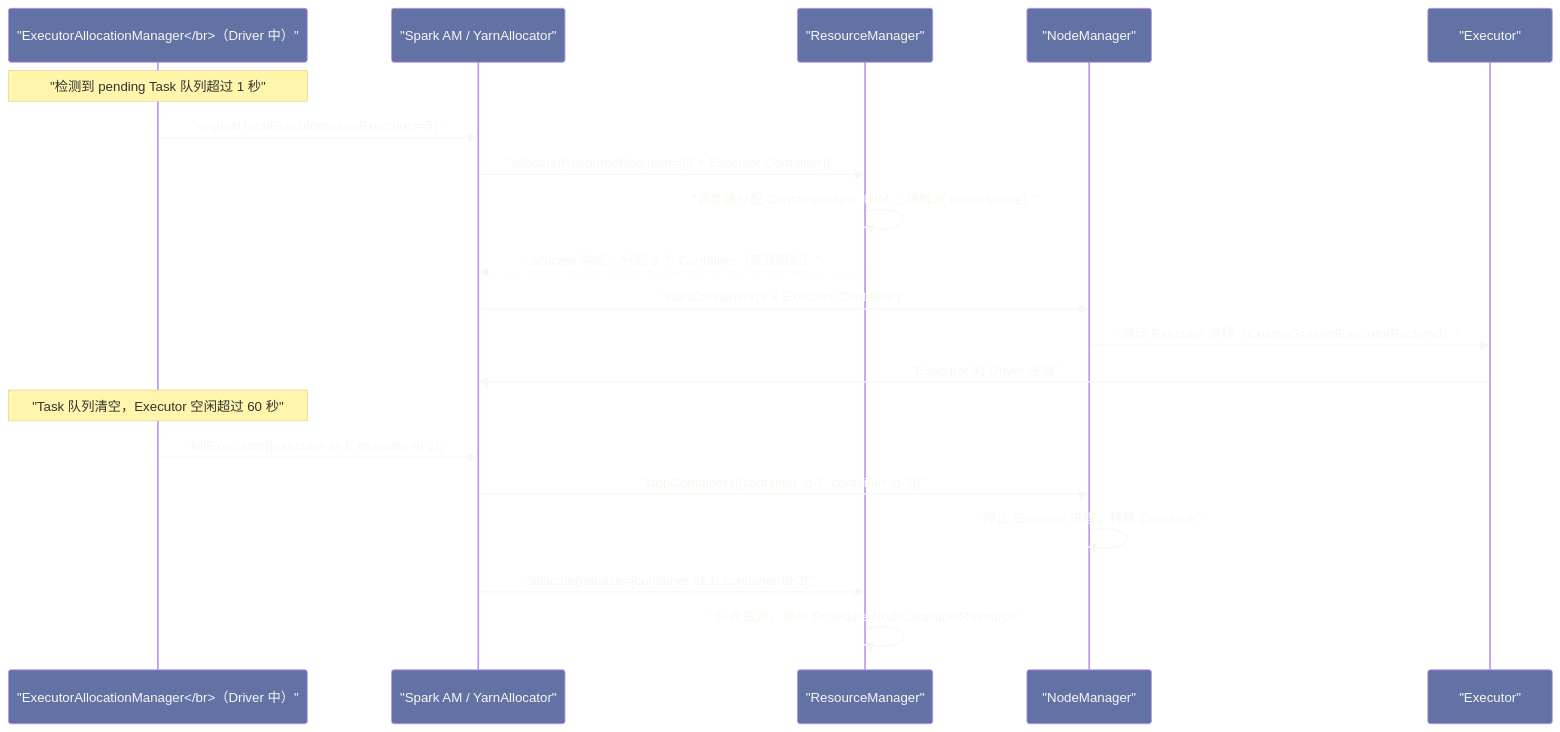
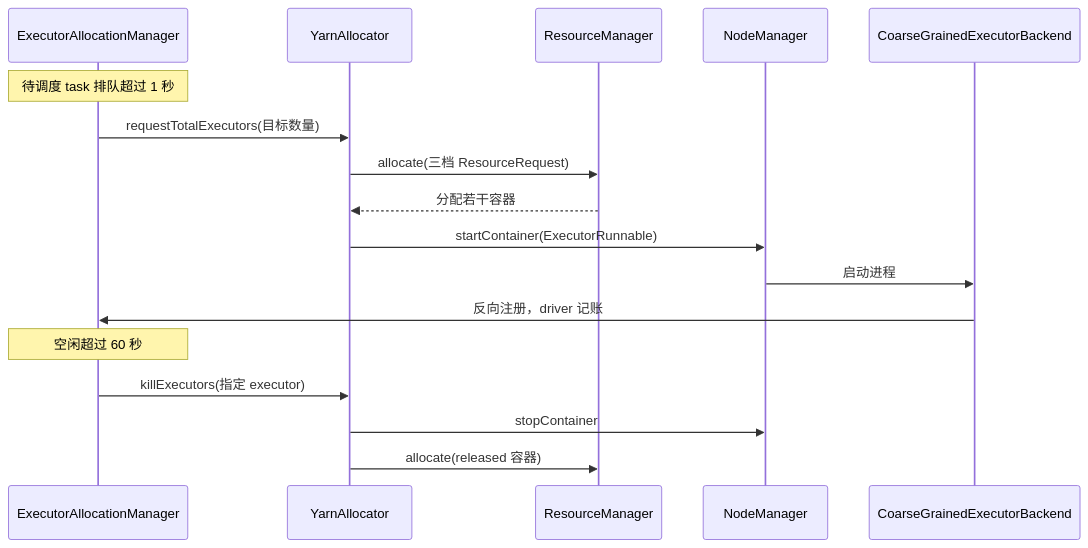
The second of 5 diagrams in content/大数据/Hadoop/Yarn/06 ApplicationMaster 机制——以 Spark on YARN 为例.md (hpliStartAgain/my-brain), drawn with Mermaid before and after one commit. The commit also changed other lines of this file and 455 other files, not shown here.

````diff
--- a/content/大数据/Hadoop/Yarn/06 ApplicationMaster 机制——以 Spark on YARN 为例.md
+++ b/content/大数据/Hadoop/Yarn/06 ApplicationMaster 机制——以 Spark on YARN 为例.md
@@ -363,25 +226,21 @@
 ```mermaid
-%%{init: {'theme': 'base', 'themeVariables': {'primaryColor': '#6272a4', 'primaryTextColor': '#f8f8f2', 'primaryBorderColor': '#bd93f9', 'lineColor': '#ff79c6', 'secondaryColor': '#44475a', 'tertiaryColor': '#282a36'}}}%%
+%%{init: {'theme': 'dracula'}}%%
 sequenceDiagram
-    participant EAM as "ExecutorAllocationManager</br>（Driver 中）"
-    participant AM as "Spark AM / YarnAllocator"
-    participant RM as "ResourceManager"
-    participant NM as "NodeManager"
-    participant Exec as "Executor"
+    participant EAM as ExecutorAllocationManager
+    participant AM as YarnAllocator
+    participant RM as ResourceManager
+    participant NM as NodeManager
+    participant EX as CoarseGrainedExecutorBackend
 
-    Note over EAM: "检测到 pending Task 队列超过 1 秒"
-    EAM->>AM: "requestTotalExecutors(numExecutors=5)"
-    AM->>RM: "allocate(ResourceRequests=[5 × Executor Container])"
-    RM->>RM: "调度器分配 Container</br>（NM 心跳触发 nodeUpdate）"
-    RM-->>AM: "allocate 响应：分配 3 个 Container（资源限制）"
-    AM->>NM: "startContainers(3 × Executor Container)"
-    NM->>Exec: "启动 Executor 进程（CoarseGrainedExecutorBackend）"
-    Exec->>AM: "Executor 向 Driver 注册"
-
-    Note over EAM: "Task 队列清空，Executor 空闲超过 60 秒"
-    EAM->>AM: "killExecutors([executor-id-1, executor-id-2])"
-    AM->>NM: "stopContainers([container-id-1, container-id-2])"
-    NM->>NM: "停止 Executor 进程，释放 Container"
-    AM->>RM: "allocate(release=[container-id-1, container-id-2])"
-    RM->>RM: "回收资源，更新 SchedulerNode.availableResource"
+    Note over EAM: 待调度 task 排队超过 1 秒
+    EAM->>AM: requestTotalExecutors(目标数量)
+    AM->>RM: allocate(三档 ResourceRequest)
+    RM-->>AM: 分配若干容器
+    AM->>NM: startContainer(ExecutorRunnable)
+    NM->>EX: 启动进程
+    EX->>EAM: 反向注册，driver 记账
+    Note over EAM: 空闲超过 60 秒
+    EAM->>AM: killExecutors(指定 executor)
+    AM->>NM: stopContainer
+    AM->>RM: allocate(released 容器)
 ```
````
